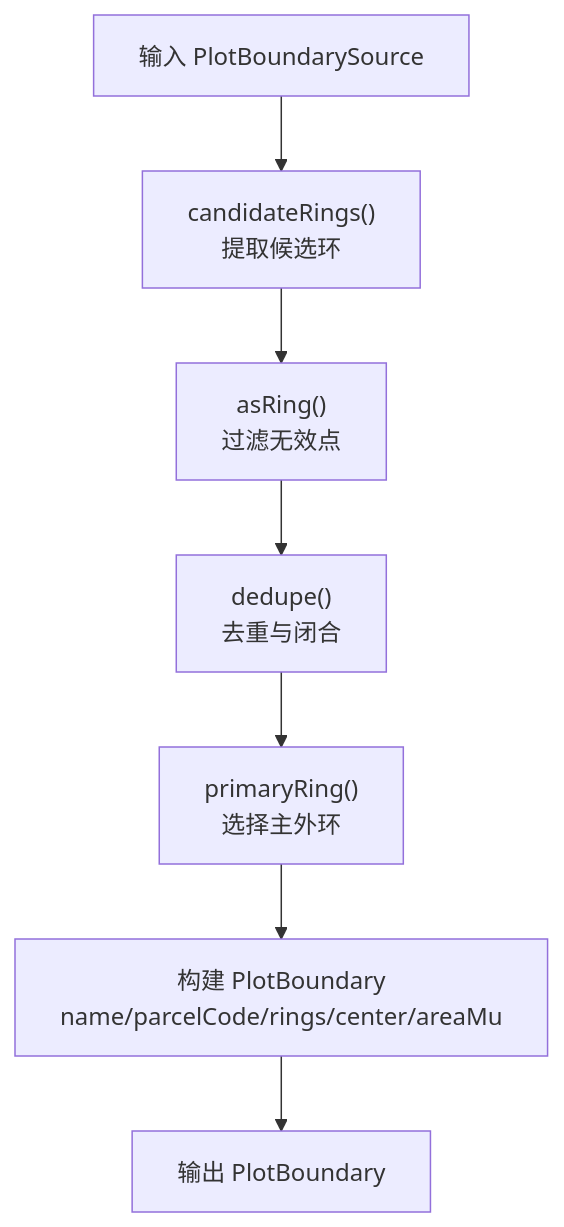
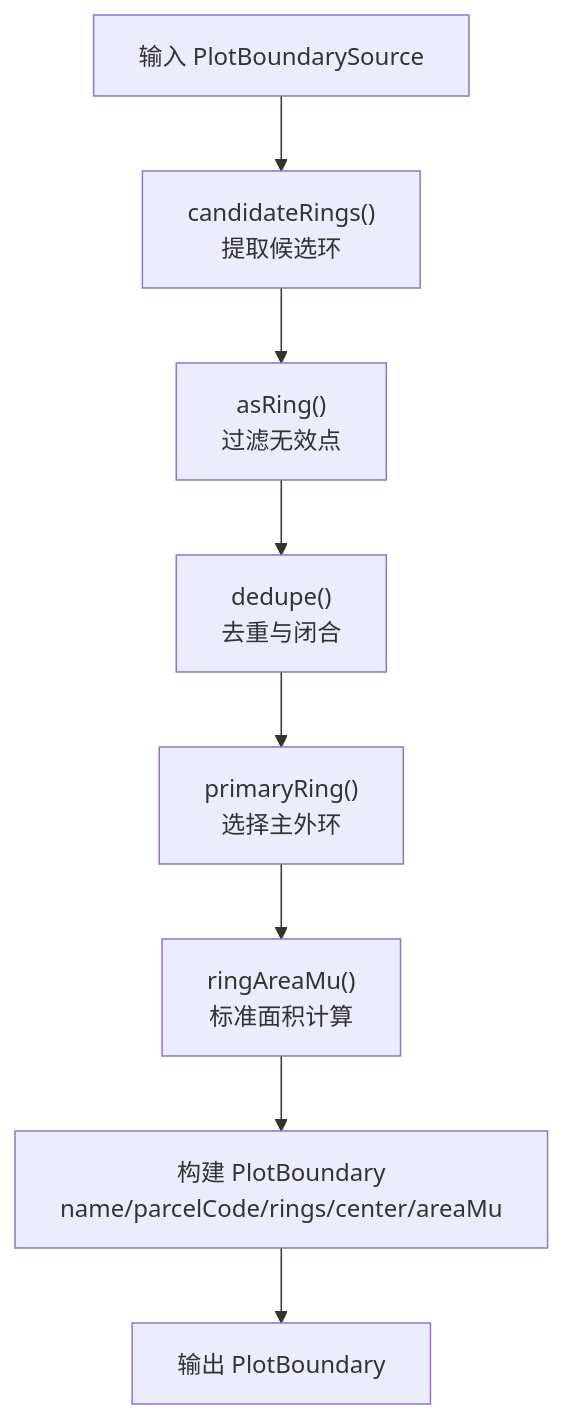
One commit to q446328246/agri-platform changed the seventh of 10 diagrams in .qoder/repowiki/zh/content/前端应用文档/核心页面/地块管理页面/地块管理页面.md. Above: the diagram before and after it, drawn with Mermaid. The commit also changed other lines of this file and 37 other files, not shown here.

````diff
--- a/.qoder/repowiki/zh/content/前端应用文档/核心页面/地块管理页面/地块管理页面.md
+++ b/.qoder/repowiki/zh/content/前端应用文档/核心页面/地块管理页面/地块管理页面.md
@@ -316,9 +350,10 @@
 ```mermaid
 flowchart TD
 Input["输入 PlotBoundarySource"] --> Candidate["candidateRings()<br/>提取候选环"]
 Candidate --> AsRing["asRing()<br/>过滤无效点"]
 AsRing --> Dedupe["dedupe()<br/>去重与闭合"]
 Dedupe --> Primary["primaryRing()<br/>选择主外环"]
-Primary --> Build["构建 PlotBoundary<br/>name/parcelCode/rings/center/areaMu"]
+Primary --> CalcArea["ringAreaMu()<br/>标准面积计算"]
+CalcArea --> Build["构建 PlotBoundary<br/>name/parcelCode/rings/center/areaMu"]
 Build --> Output["输出 PlotBoundary"]
 ```
````
